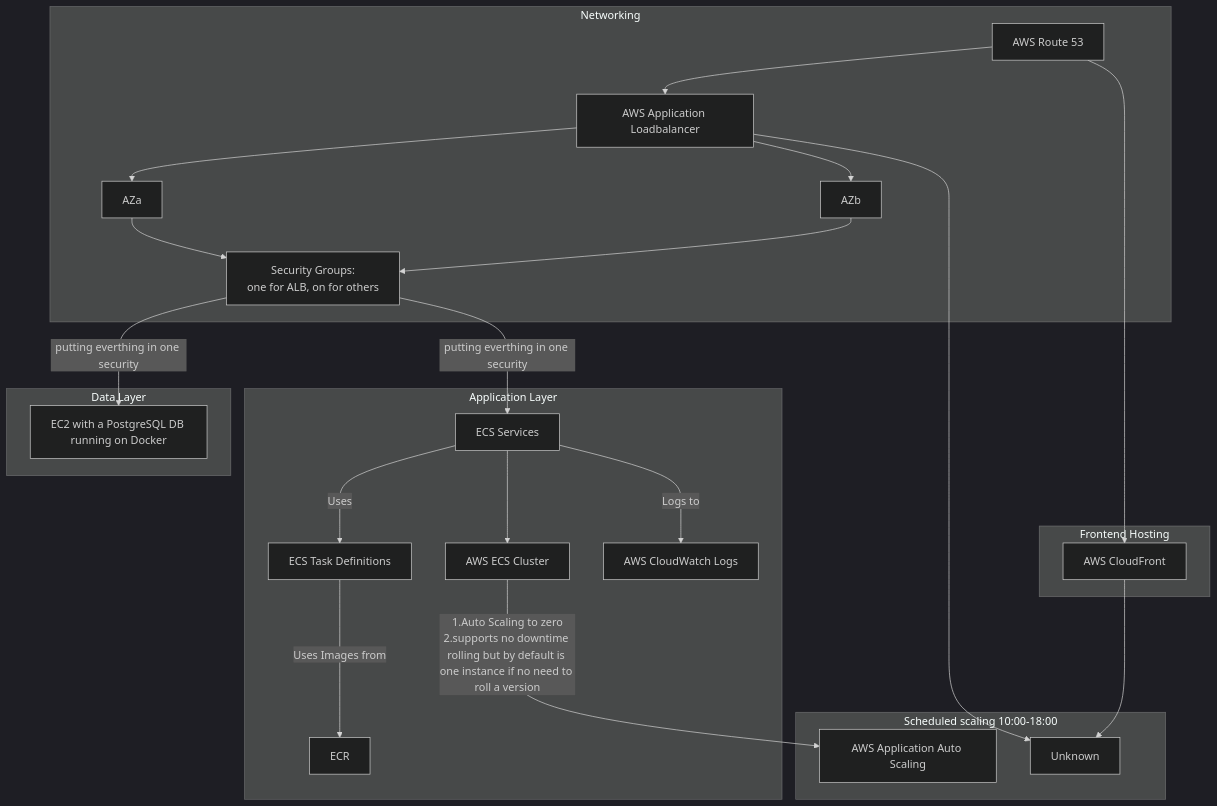
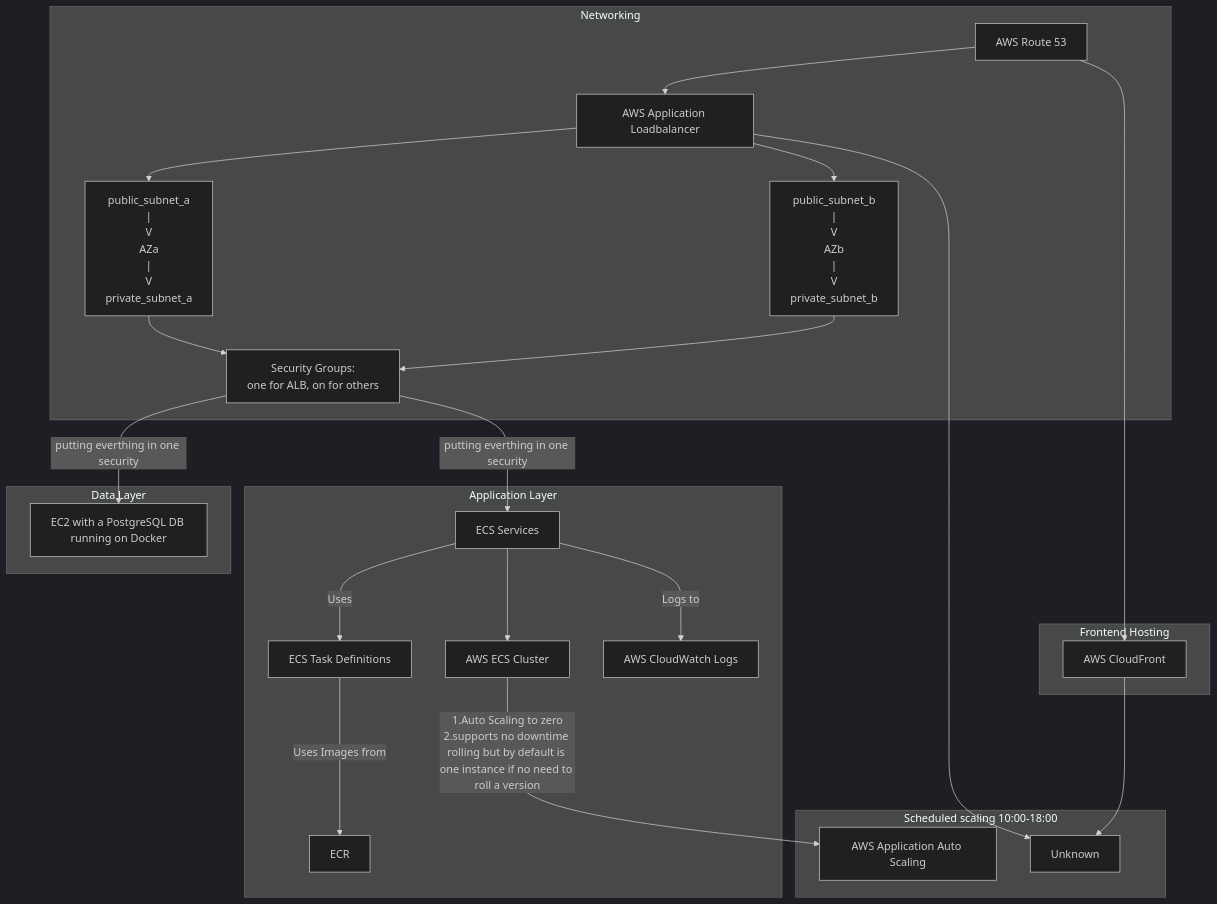
The first of 2 diagrams in infra-terraform/docs/architecture.md (RockkLee/order-bot), drawn with Mermaid (dark theme) before and after one commit. The commit also changed other lines of this file and 2 other files, not shown here.

First line of the commit message:
docs(terraform): add start_flow.md documenting infra-terraform start flow and resource inventory (#46)

````diff
--- a/infra-terraform/docs/architecture.md
+++ b/infra-terraform/docs/architecture.md
@@ -24,32 +29,32 @@
 ```mermaid
 graph TD
     subgraph "Networking"
         R53[AWS Route 53] --> ALB[AWS Application Loadbalancer]
-        ALB --> AZa
-        ALB --> AZb
+        ALB --> AZa["public_subnet_a<br>|<br>V<br>AZa<br>|<br>V<br>private_subnet_a"]
+        ALB --> AZb["public_subnet_b<br>|<br>V<br>AZb<br>|<br>V<br>private_subnet_b"]
         AZa --> SG[Security Groups:<br>one for ALB, on for others]
         AZb --> SG
     end
 
     subgraph "Application Layer"
         SG --putting everthing in one security--> ECS_Svc[ECS Services]
         ECS_Svc --> ECS[AWS ECS Cluster]
         ECS_Svc -- Uses --> ECS_TD[ECS Task Definitions]
         ECS_TD -- Uses Images from --> ECR
         ECS_Svc -- Logs to --> CWL[AWS CloudWatch Logs]
     end
 
     subgraph "Data Layer"
         SG --putting everthing in one security--> EC2[EC2 with a PostgreSQL DB running on Docker]
     end
 
     subgraph "Frontend Hosting"
         R53 --> CF[AWS CloudFront]
     end
 
     subgraph "Scheduled scaling 10:00-18:00"
         ECS -- 1.Auto Scaling to zero<br>2.supports no downtime rolling but by default is one instance if no need to roll a version --> AAS[AWS Application Auto Scaling]
         ALB --> Unknown
         CF --> Unknown
     end
 ```
````
